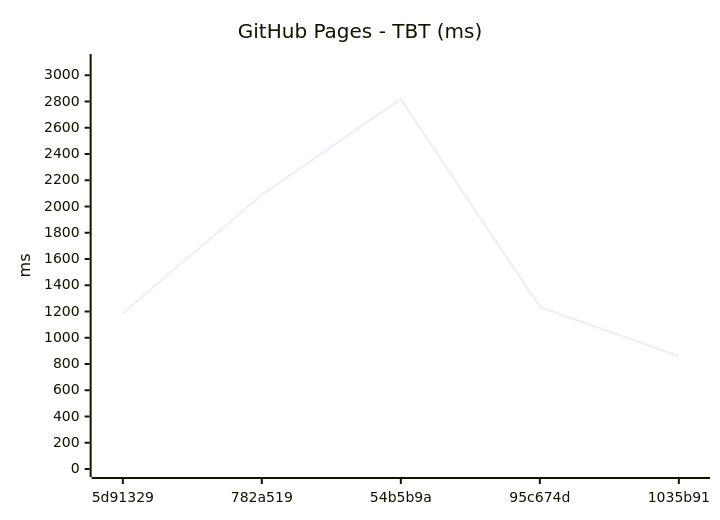
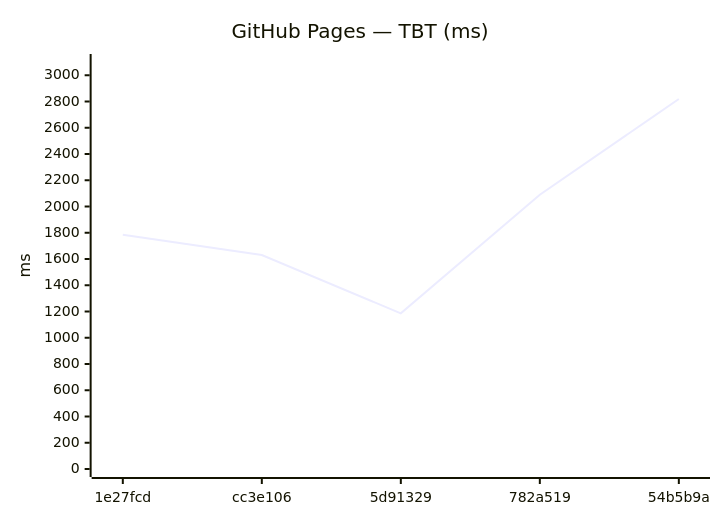
One commit to Metaheurist/Rianell changed the tenth of 18 diagrams in benchmarks/compare.md. Above: the diagram before and after it, drawn with Mermaid. The commit also changed other lines of this file and 12 other files, not shown here.

````diff
--- a/benchmarks/compare.md
+++ b/benchmarks/compare.md
@@ -149,7 +149,7 @@
 ```mermaid
 xychart-beta
-    title "GitHub Pages - TBT (ms)"
-    x-axis ["5d91329", "782a519", "54b5b9a", "95c674d", "1035b91"]
+    title "GitHub Pages — TBT (ms)"
+    x-axis ["1e27fcd", "cc3e106", "5d91329", "782a519", "54b5b9a"]
     y-axis "ms" 0 --> 3101
-    line [1186, 2090, 2819, 1235, 859]
+    line [1784, 1630, 1186, 2090, 2819]
 ```
````
